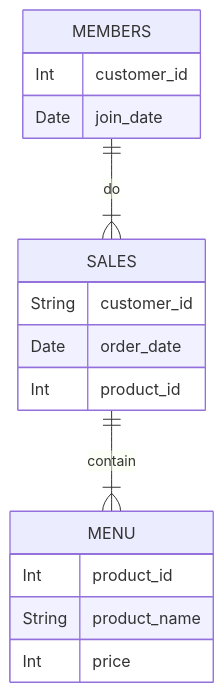
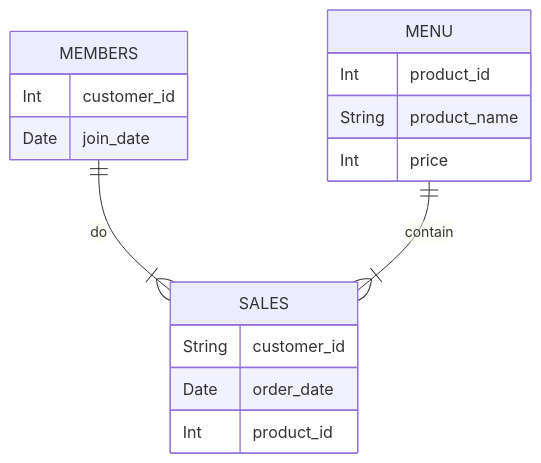
One commit to bokw/8_Week_SQL_Challenge changed the diagram in Case study #1 - Danny's Diner/README.md. Above: the diagram before and after it, drawn with Mermaid.

````diff
--- a/Case study #1 - Danny's Diner/README.md
+++ b/Case study #1 - Danny's Diner/README.md
@@ -10,21 +10,21 @@
 ```mermaid
 erDiagram
     SALES {
         String customer_id 
         Date order_date
         Int product_id
     }
 
     MENU {
         Int product_id
         String product_name
 	Int price
     }
 
     MEMBERS {
         Int customer_id
         Date join_date
     }
 MEMBERS ||--|{ SALES : do
-SALES ||--|{ MENU : contain
+MENU ||--|{ SALES : contain
 ```
````
